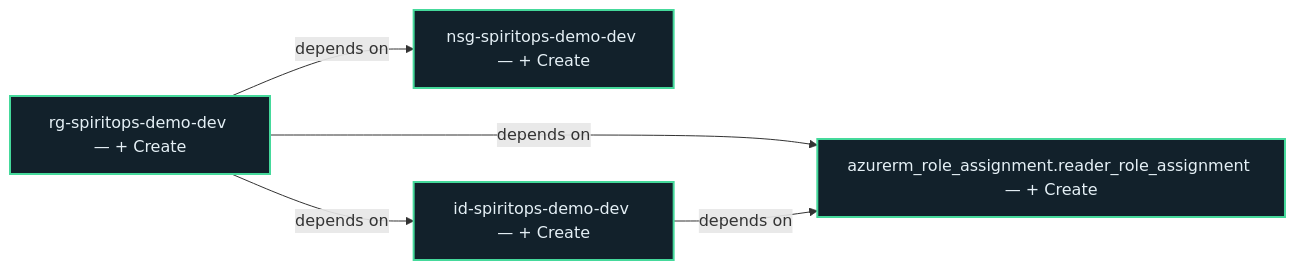
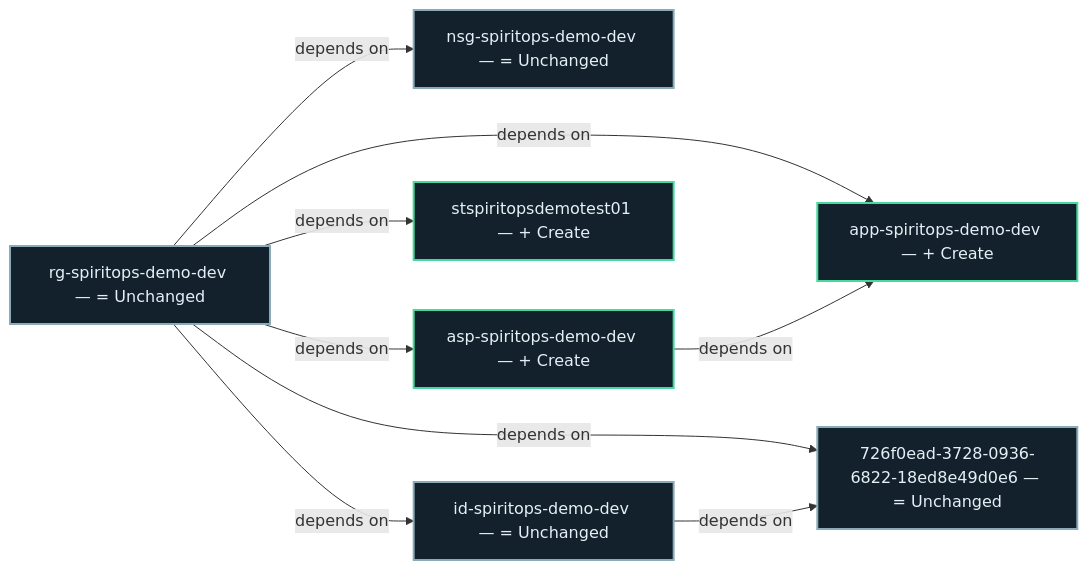
One commit to jeffy555/terraform-onboarding-full-flow changed the diagram in .spiritops/architecture/current/graph.mmd. Above: the diagram before and after it, drawn with Mermaid. The commit also changed 12 other files, not shown here.

```diff
--- a/.spiritops/architecture/current/graph.mmd
+++ b/.spiritops/architecture/current/graph.mmd
@@ -1,13 +1,23 @@
 flowchart LR
-  nfe07e5e70c45433f9e8025a4a370fd4dfadf120653035f64b0514bdc3a40c262["nsg-spiritops-demo-dev — #43; Create"]
-  style nfe07e5e70c45433f9e8025a4a370fd4dfadf120653035f64b0514bdc3a40c262 fill:#12212b,color:#e5f0f6,stroke:#45d99b,stroke-width:2px
-  n59bc55bf7437e0fb00a5e7c8a0586c7c8bfaa3bd9ee80be54a259083c4c227c1["rg-spiritops-demo-dev — #43; Create"]
-  style n59bc55bf7437e0fb00a5e7c8a0586c7c8bfaa3bd9ee80be54a259083c4c227c1 fill:#12212b,color:#e5f0f6,stroke:#45d99b,stroke-width:2px
-  n385a88de0373abefec0d5524e98e58296ddcba70b9e3c74398e2be2d14ddcfba["azurerm_role_assignment.reader_role_assignment — #43; Create"]
-  style n385a88de0373abefec0d5524e98e58296ddcba70b9e3c74398e2be2d14ddcfba fill:#12212b,color:#e5f0f6,stroke:#45d99b,stroke-width:2px
-  n337e9da0c57f16e599f088bcd95eb46617fc4d2bf8e55bcc1f600a2c16202d7a["id-spiritops-demo-dev — #43; Create"]
-  style n337e9da0c57f16e599f088bcd95eb46617fc4d2bf8e55bcc1f600a2c16202d7a fill:#12212b,color:#e5f0f6,stroke:#45d99b,stroke-width:2px
+  n0ef718c26f4cd3fe35035ef9304cbd28bc4518941dd40ba07ae4b16fc29d0202["app-spiritops-demo-dev — #43; Create"]
+  style n0ef718c26f4cd3fe35035ef9304cbd28bc4518941dd40ba07ae4b16fc29d0202 fill:#12212b,color:#e5f0f6,stroke:#45d99b,stroke-width:2px
+  nfe07e5e70c45433f9e8025a4a370fd4dfadf120653035f64b0514bdc3a40c262["nsg-spiritops-demo-dev — #61; Unchanged"]
+  style nfe07e5e70c45433f9e8025a4a370fd4dfadf120653035f64b0514bdc3a40c262 fill:#12212b,color:#e5f0f6,stroke:#8cabb9,stroke-width:2px
+  n59bc55bf7437e0fb00a5e7c8a0586c7c8bfaa3bd9ee80be54a259083c4c227c1["rg-spiritops-demo-dev — #61; Unchanged"]
+  style n59bc55bf7437e0fb00a5e7c8a0586c7c8bfaa3bd9ee80be54a259083c4c227c1 fill:#12212b,color:#e5f0f6,stroke:#8cabb9,stroke-width:2px
+  n385a88de0373abefec0d5524e98e58296ddcba70b9e3c74398e2be2d14ddcfba["726f0ead-3728-0936-6822-18ed8e49d0e6 — #61; Unchanged"]
+  style n385a88de0373abefec0d5524e98e58296ddcba70b9e3c74398e2be2d14ddcfba fill:#12212b,color:#e5f0f6,stroke:#8cabb9,stroke-width:2px
+  n617382185b001256a91147d15315c7027036724e256ca6b098ecf52655cc2f2f["asp-spiritops-demo-dev — #43; Create"]
+  style n617382185b001256a91147d15315c7027036724e256ca6b098ecf52655cc2f2f fill:#12212b,color:#e5f0f6,stroke:#45d99b,stroke-width:2px
+  nf8cdbf0d2487110d1e3acafc17d1ab3fb58f77a3c68b571d5b2327c65abcc582["stspiritopsdemotest01 — #43; Create"]
+  style nf8cdbf0d2487110d1e3acafc17d1ab3fb58f77a3c68b571d5b2327c65abcc582 fill:#12212b,color:#e5f0f6,stroke:#45d99b,stroke-width:2px
+  n337e9da0c57f16e599f088bcd95eb46617fc4d2bf8e55bcc1f600a2c16202d7a["id-spiritops-demo-dev — #61; Unchanged"]
+  style n337e9da0c57f16e599f088bcd95eb46617fc4d2bf8e55bcc1f600a2c16202d7a fill:#12212b,color:#e5f0f6,stroke:#8cabb9,stroke-width:2px
+  n59bc55bf7437e0fb00a5e7c8a0586c7c8bfaa3bd9ee80be54a259083c4c227c1 -->|"depends on"| n0ef718c26f4cd3fe35035ef9304cbd28bc4518941dd40ba07ae4b16fc29d0202
   n59bc55bf7437e0fb00a5e7c8a0586c7c8bfaa3bd9ee80be54a259083c4c227c1 -->|"depends on"| nfe07e5e70c45433f9e8025a4a370fd4dfadf120653035f64b0514bdc3a40c262
   n59bc55bf7437e0fb00a5e7c8a0586c7c8bfaa3bd9ee80be54a259083c4c227c1 -->|"depends on"| n385a88de0373abefec0d5524e98e58296ddcba70b9e3c74398e2be2d14ddcfba
+  n59bc55bf7437e0fb00a5e7c8a0586c7c8bfaa3bd9ee80be54a259083c4c227c1 -->|"depends on"| n617382185b001256a91147d15315c7027036724e256ca6b098ecf52655cc2f2f
+  n59bc55bf7437e0fb00a5e7c8a0586c7c8bfaa3bd9ee80be54a259083c4c227c1 -->|"depends on"| nf8cdbf0d2487110d1e3acafc17d1ab3fb58f77a3c68b571d5b2327c65abcc582
   n59bc55bf7437e0fb00a5e7c8a0586c7c8bfaa3bd9ee80be54a259083c4c227c1 -->|"depends on"| n337e9da0c57f16e599f088bcd95eb46617fc4d2bf8e55bcc1f600a2c16202d7a
+  n617382185b001256a91147d15315c7027036724e256ca6b098ecf52655cc2f2f -->|"depends on"| n0ef718c26f4cd3fe35035ef9304cbd28bc4518941dd40ba07ae4b16fc29d0202
   n337e9da0c57f16e599f088bcd95eb46617fc4d2bf8e55bcc1f600a2c16202d7a -->|"depends on"| n385a88de0373abefec0d5524e98e58296ddcba70b9e3c74398e2be2d14ddcfba
```
